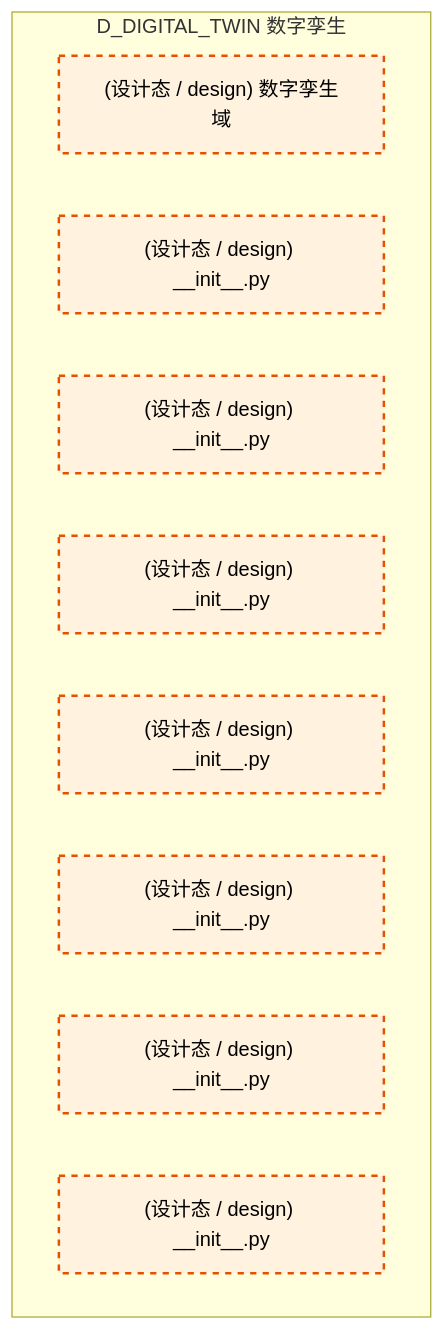
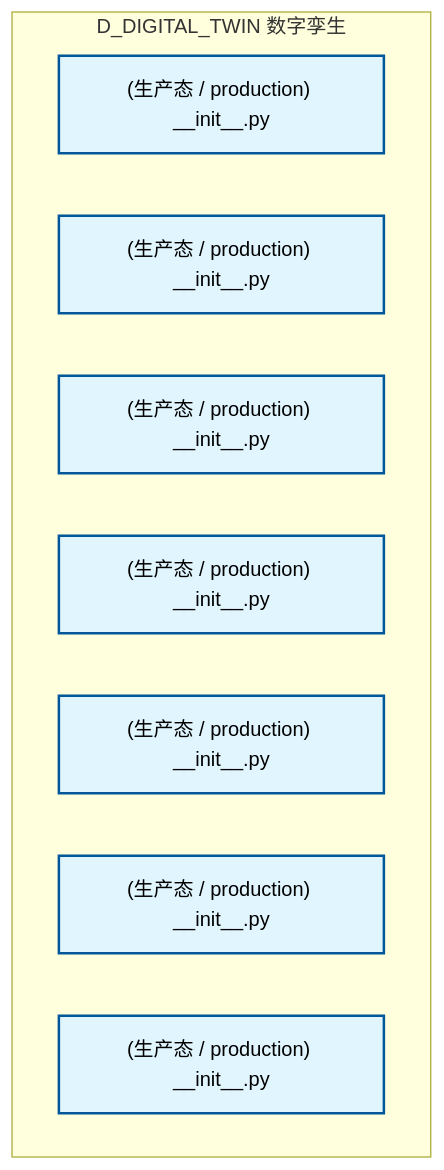
The first of 2 diagrams in docs/02_enterprise_architecture/02_domain_architecture_docs/32_d_digital_twin.md (xuanFelixVan/ZephyrAlpha), drawn with Mermaid before and after one commit. The commit also changed other lines of this file and 128 other files, not shown here.

````diff
--- a/docs/02_enterprise_architecture/02_domain_architecture_docs/32_d_digital_twin.md
+++ b/docs/02_enterprise_architecture/02_domain_architecture_docs/32_d_digital_twin.md
@@ -69,18 +67,17 @@
 ```mermaid
 graph TD
     subgraph D_DIGITAL_TWIN["D_DIGITAL_TWIN 数字孪生"]
-        src_zephyr_digital_twin["(设计态 / design) 数字孪生域"]
-        src_zephyr_digital_twin_init_py["(设计态 / design) __init__.py"]
-        src_zephyr_digital_twin_extensions_init_py["(设计态 / design) __init__.py"]
-        src_zephyr_digital_twin_api_init_py["(设计态 / design) __init__.py"]
-        src_zephyr_digital_twin_core_init_py["(设计态 / design) __init__.py"]
-        src_zephyr_digital_twin_infrastructure_init_py["(设计态 / design) __init__.py"]
-        src_zephyr_digital_twin_models_init_py["(设计态 / design) __init__.py"]
-        src_zephyr_digital_twin_services_init_py["(设计态 / design) __init__.py"]
+        src_zephyr_digital_twin_init_py["(生产态 / production) __init__.py"]
+        src_zephyr_digital_twin_extensions_init_py["(生产态 / production) __init__.py"]
+        src_zephyr_digital_twin_api_init_py["(生产态 / production) __init__.py"]
+        src_zephyr_digital_twin_core_init_py["(生产态 / production) __init__.py"]
+        src_zephyr_digital_twin_infrastructure_init_py["(生产态 / production) __init__.py"]
+        src_zephyr_digital_twin_models_init_py["(生产态 / production) __init__.py"]
+        src_zephyr_digital_twin_services_init_py["(生产态 / production) __init__.py"]
     end
     classDef production fill:#e1f5fe,stroke:#01579b,stroke-width:2px,color:#000
     classDef design fill:#fff3e0,stroke:#e65100,stroke-width:2px,color:#000,stroke-dasharray: 5 5
     classDef external_prod fill:#e8f5e9,stroke:#1b5e20,stroke-width:1px,color:#000
     classDef external_design fill:#fce4ec,stroke:#880e4f,stroke-width:1px,color:#000,stroke-dasharray: 5 5
-    class src_zephyr_digital_twin,src_zephyr_digital_twin_init_py,src_zephyr_digital_twin_extensions_init_py,src_zephyr_digital_twin_api_init_py,src_zephyr_digital_twin_core_init_py,src_zephyr_digital_twin_infrastructure_init_py,src_zephyr_digital_twin_models_init_py,src_zephyr_digital_twin_services_init_py design
+    class src_zephyr_digital_twin_init_py,src_zephyr_digital_twin_extensions_init_py,src_zephyr_digital_twin_api_init_py,src_zephyr_digital_twin_core_init_py,src_zephyr_digital_twin_infrastructure_init_py,src_zephyr_digital_twin_models_init_py,src_zephyr_digital_twin_services_init_py production
 ```
````
